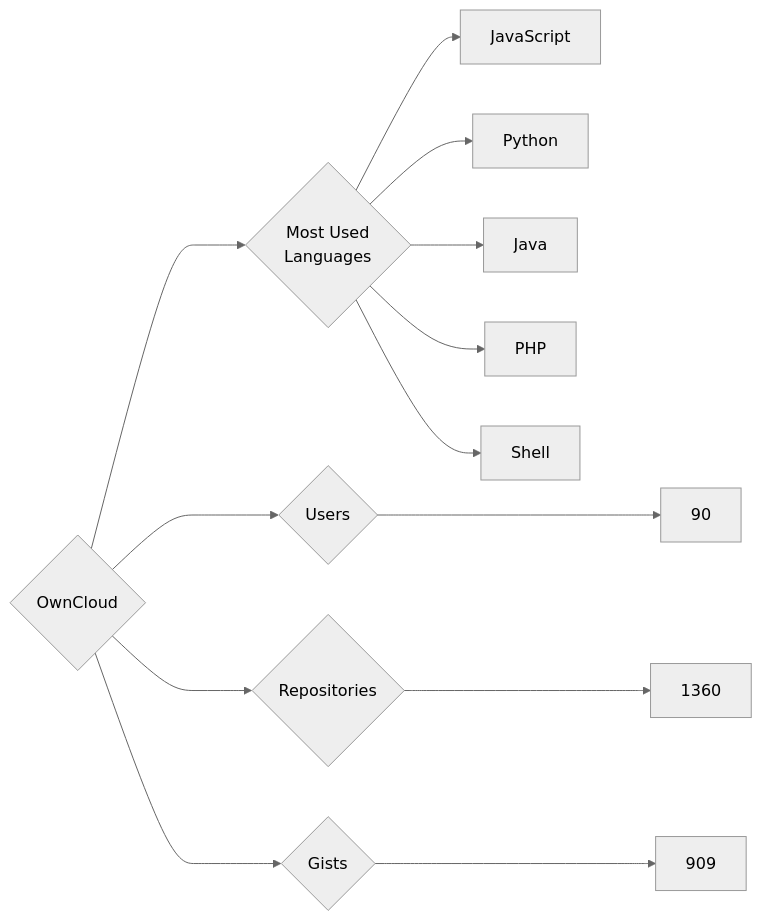
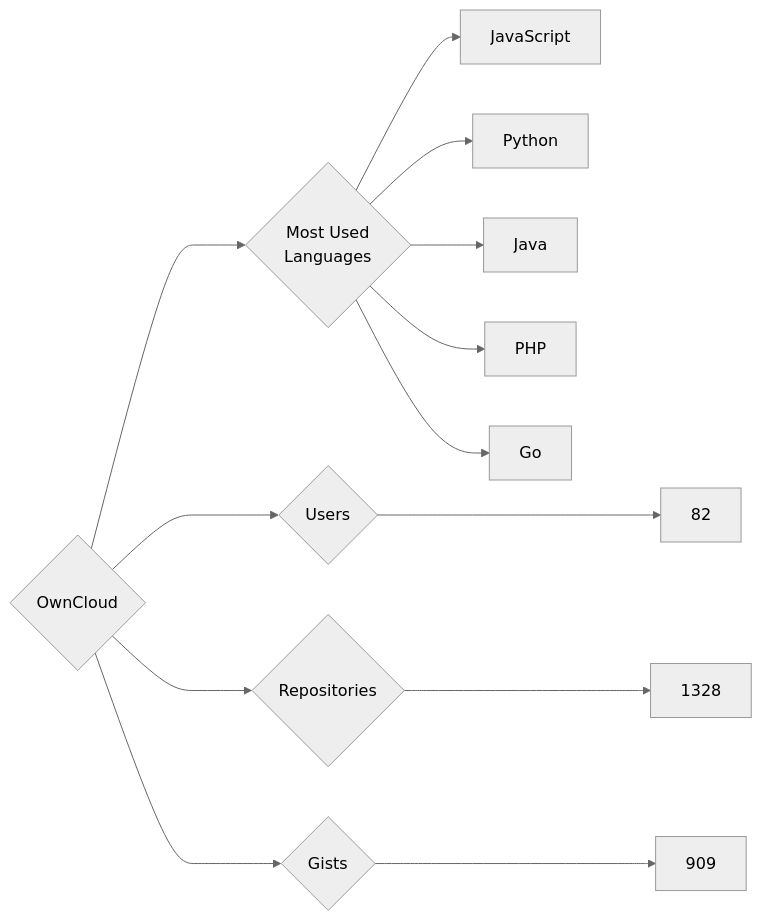
Before and after one commit to trickest/insiders: the diagram in targets/OwnCloud/README.md, drawn with Mermaid (neutral theme). The commit also changed 1248 other files, not shown here.

````diff
--- a/targets/OwnCloud/README.md
+++ b/targets/OwnCloud/README.md
@@ -3,13 +3,13 @@
 ```mermaid
 graph LR
 COMPANY_NAME{OwnCloud}
-COMPANY_NAME ---> U{Users} ---> UN[90]
-COMPANY_NAME ---> R{Repositories} ---> RN[1360]
+COMPANY_NAME ---> U{Users} ---> UN[82]
+COMPANY_NAME ---> R{Repositories} ---> RN[1328]
 COMPANY_NAME ---> G{Gists} ---> GN[909]
 COMPANY_NAME ---> ML{Most Used<br>Languages}
 ML --> JavaScript[JavaScript]
 ML --> Python[Python]
 ML --> Java[Java]
 ML --> PHP[PHP]
-ML --> Shell[Shell]
+ML --> Go[Go]
 ```
````
